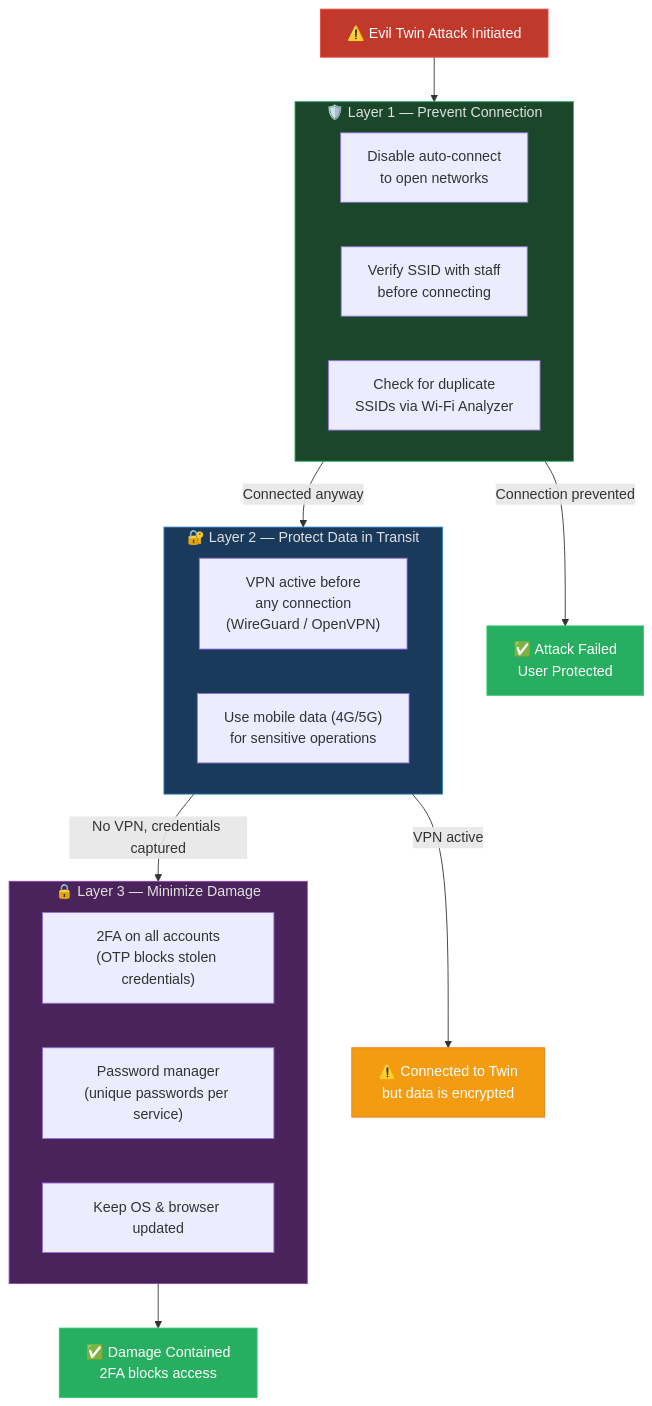
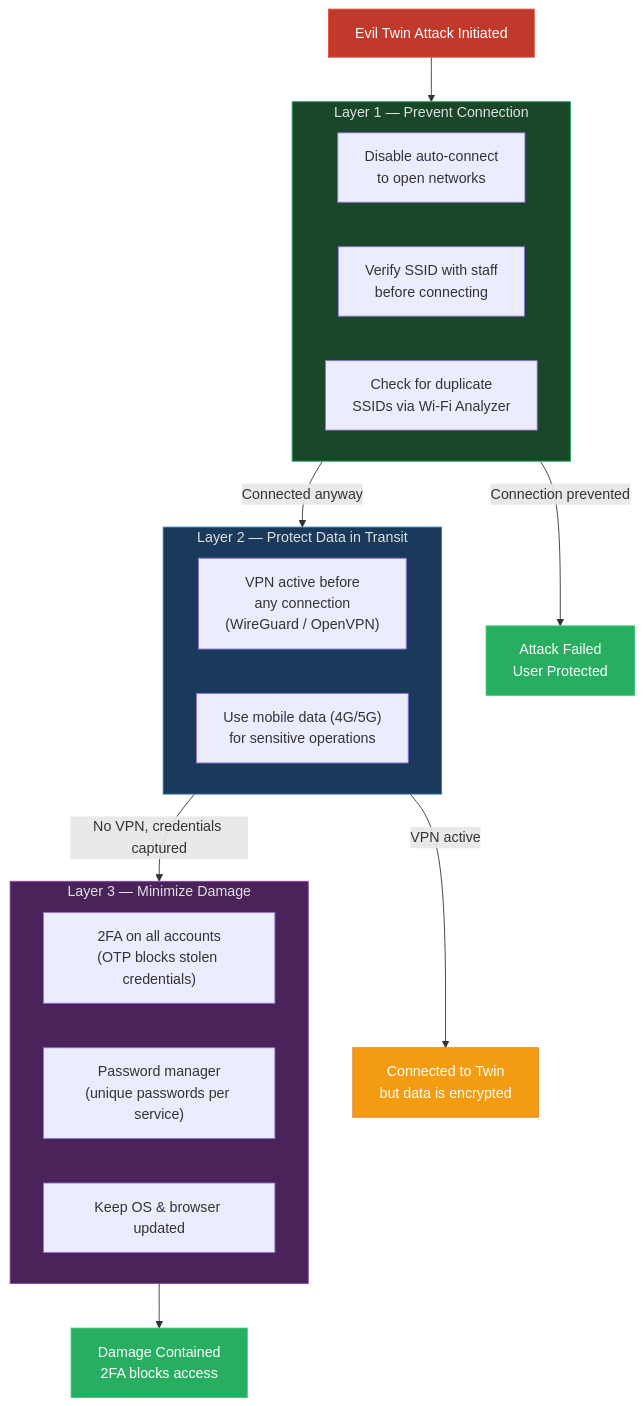
The diagram in diagrams/defense-layers.md (NovaCode37/eviltwin), drawn with Mermaid before and after one commit.

````diff
--- a/diagrams/defense-layers.md
+++ b/diagrams/defense-layers.md
@@ -3,40 +3,40 @@
 ```mermaid
 flowchart TD
-    THREAT["⚠️ Evil Twin Attack Initiated"]
+    THREAT["Evil Twin Attack Initiated"]
 
-    subgraph L1["🛡️ Layer 1 — Prevent Connection"]
+    subgraph L1["Layer 1 — Prevent Connection"]
         R2["Disable auto-connect\nto open networks"]
         R5["Verify SSID with staff\nbefore connecting"]
         R3A["Check for duplicate\nSSIDs via Wi-Fi Analyzer"]
     end
 
-    subgraph L2["🔐 Layer 2 — Protect Data in Transit"]
+    subgraph L2["Layer 2 — Protect Data in Transit"]
         R1["VPN active before\nany connection\n(WireGuard / OpenVPN)"]
         R3["Use mobile data (4G/5G)\nfor sensitive operations"]
     end
 
-    subgraph L3["🔒 Layer 3 — Minimize Damage"]
+    subgraph L3["Layer 3 — Minimize Damage"]
         R4["2FA on all accounts\n(OTP blocks stolen credentials)"]
         R4B["Password manager\n(unique passwords per service)"]
         R6["Keep OS & browser updated"]
     end
 
-    OUTCOME_SAFE["✅ Attack Failed\nUser Protected"]
-    OUTCOME_PARTIAL["⚠️ Connected to Twin\nbut data is encrypted"]
-    OUTCOME_CAUGHT["✅ Damage Contained\n2FA blocks access"]
+    OUTCOME_SAFE["Attack Failed\nUser Protected"]
+    OUTCOME_PARTIAL["Connected to Twin\nbut data is encrypted"]
+    OUTCOME_CAUGHT["Damage Contained\n2FA blocks access"]
 
     THREAT --> L1
     L1 -->|"Connection prevented"| OUTCOME_SAFE
     L1 -->|"Connected anyway"| L2
     L2 -->|"VPN active"| OUTCOME_PARTIAL
     L2 -->|"No VPN, credentials captured"| L3
     L3 --> OUTCOME_CAUGHT
 
     style THREAT fill:#c0392b,color:#fff,stroke:#e74c3c
     style L1 fill:#1a472a,color:#e0e0e0,stroke:#27ae60
     style L2 fill:#1a3a5c,color:#e0e0e0,stroke:#2980b9
     style L3 fill:#4a235a,color:#e0e0e0,stroke:#8e44ad
     style OUTCOME_SAFE fill:#27ae60,color:#fff,stroke:#2ecc71
     style OUTCOME_PARTIAL fill:#f39c12,color:#fff,stroke:#e67e22
     style OUTCOME_CAUGHT fill:#27ae60,color:#fff,stroke:#2ecc71
 ```
````
